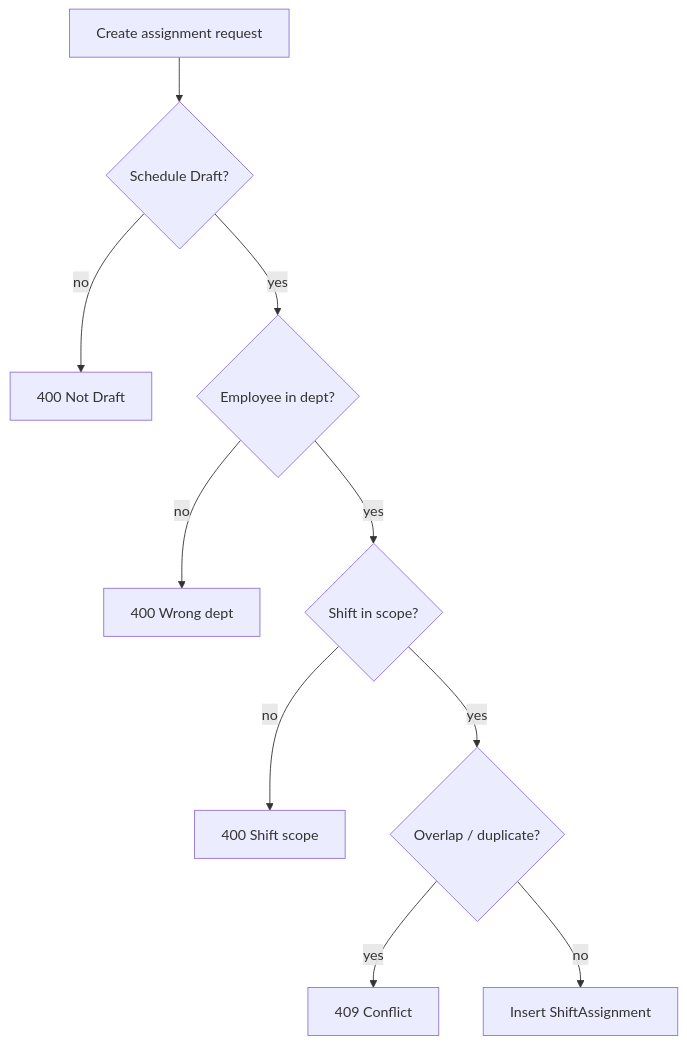
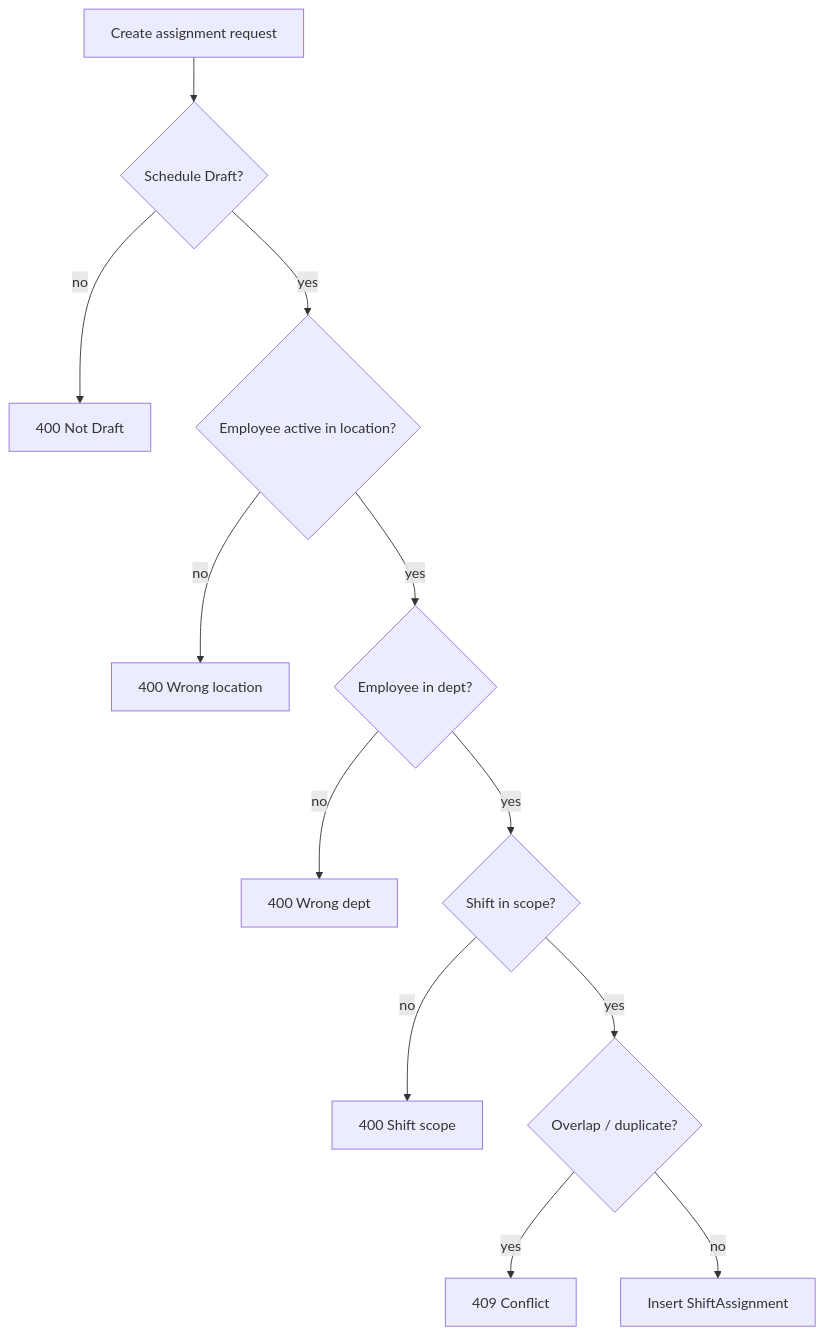
The fifth of 13 diagrams in docs/process-flows.md (darrenak403/wokki-server), drawn with Mermaid before and after one commit. The commit also changed other lines of this file and 59 other files, not shown here.

````diff
--- a/docs/process-flows.md
+++ b/docs/process-flows.md
@@ -56,12 +84,14 @@
 ```mermaid
 flowchart TD
     A[Create assignment request] --> B{Schedule Draft?}
     B -->|no| X[400 Not Draft]
-    B -->|yes| C{Employee in dept?}
-    C -->|no| X2[400 Wrong dept]
-    C -->|yes| D{Shift in scope?}
+    B -->|yes| C{Employee active in location?}
+    C -->|no| X2[400 Wrong location]
+    C -->|yes| C2{Employee in dept?}
+    C2 -->|no| X5[400 Wrong dept]
+    C2 -->|yes| D{Shift in scope?}
     D -->|no| X3[400 Shift scope]
     D -->|yes| E{Overlap / duplicate?}
     E -->|yes| X4[409 Conflict]
     E -->|no| F[Insert ShiftAssignment]
 ```
````
